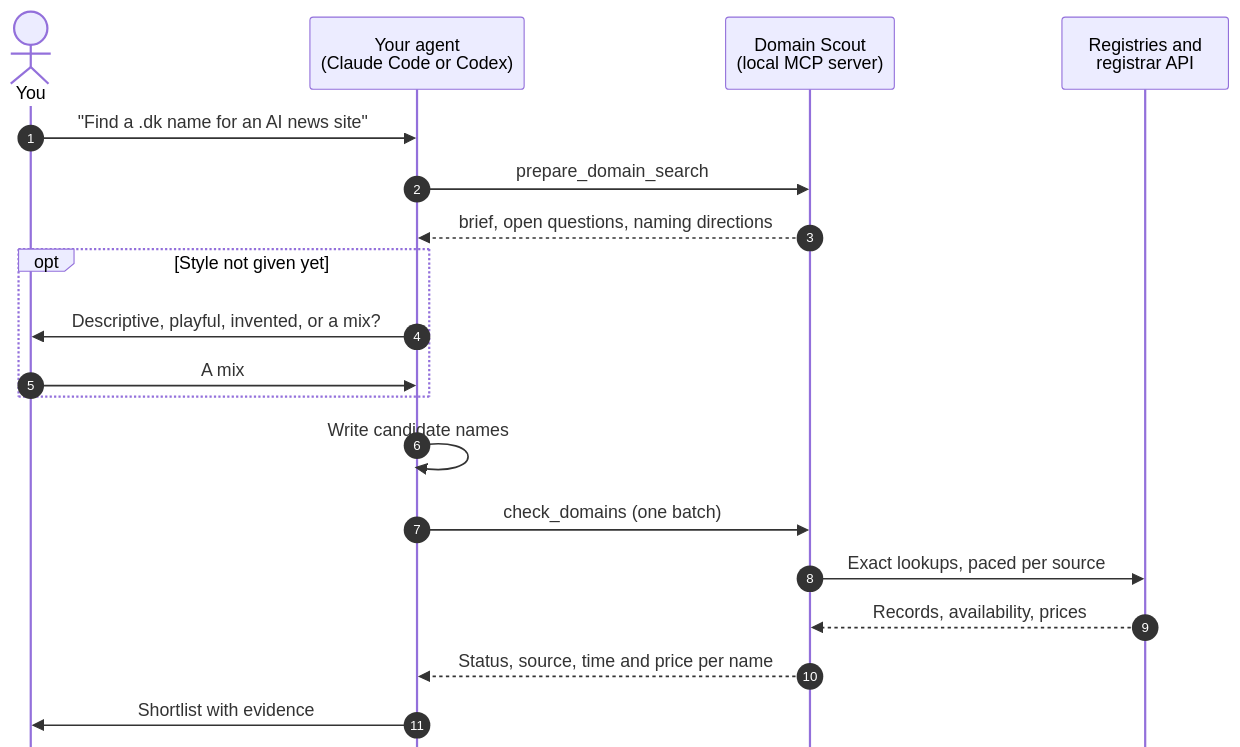
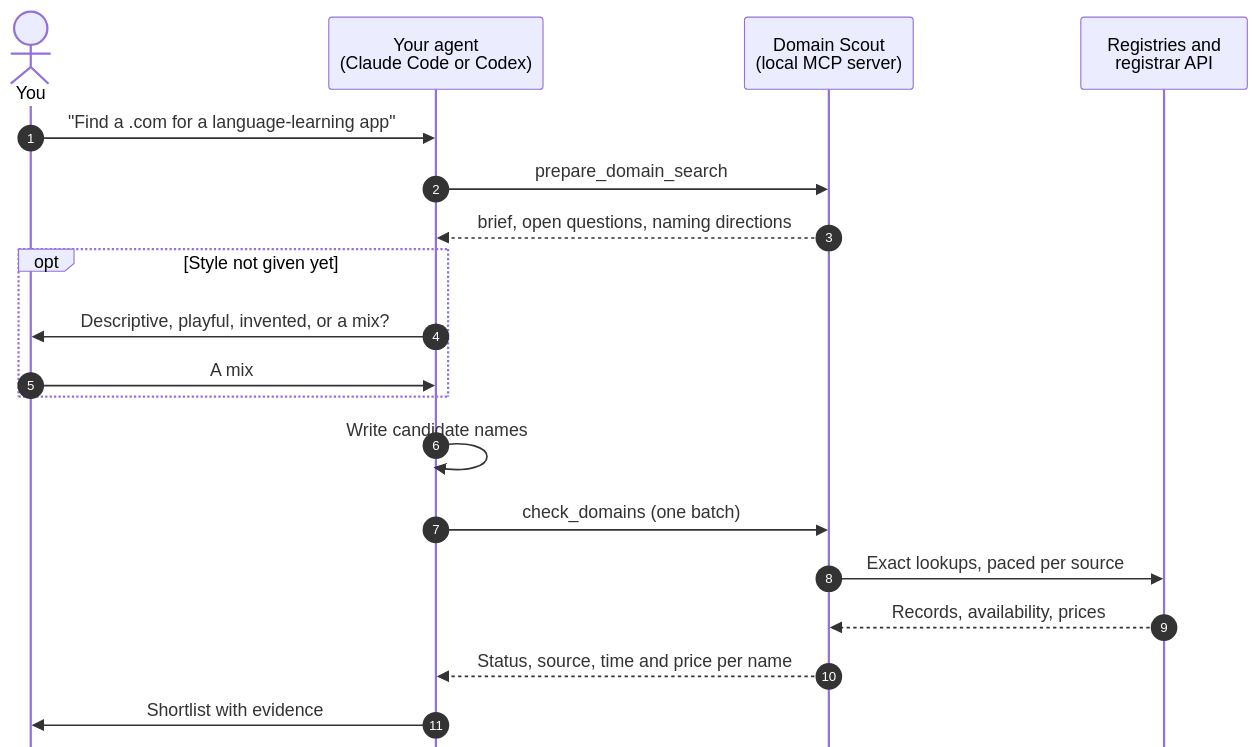
One commit to ossianravn/domain-scout changed the diagram in README.md. Above: the diagram before and after it, drawn with Mermaid. The commit also changed other lines of this file, not shown here.

First line of the commit message:
README: show a multilingual .com search instead of the Danish example

````diff
--- a/README.md
+++ b/README.md
@@ -91,22 +94,22 @@
 ```mermaid
 %%{init: {"sequence": {"mirrorActors": false}}}%%
 sequenceDiagram
     autonumber
     actor You
     participant Agent as Your agent<br>(Claude Code or Codex)
     participant Scout as Domain Scout<br>(local MCP server)
     participant Sources as Registries and<br>registrar API
-    You->>Agent: "Find a .dk name for an AI news site"
+    You->>Agent: "Find a .com for a language-learning app"
     Agent->>Scout: prepare_domain_search
     Scout-->>Agent: brief, open questions, naming directions
     opt Style not given yet
         Agent->>You: Descriptive, playful, invented, or a mix?
         You->>Agent: A mix
     end
     Agent->>Agent: Write candidate names
     Agent->>Scout: check_domains (one batch)
     Scout->>Sources: Exact lookups, paced per source
     Sources-->>Scout: Records, availability, prices
     Scout-->>Agent: Status, source, time and price per name
     Agent->>You: Shortlist with evidence
 ```
````
